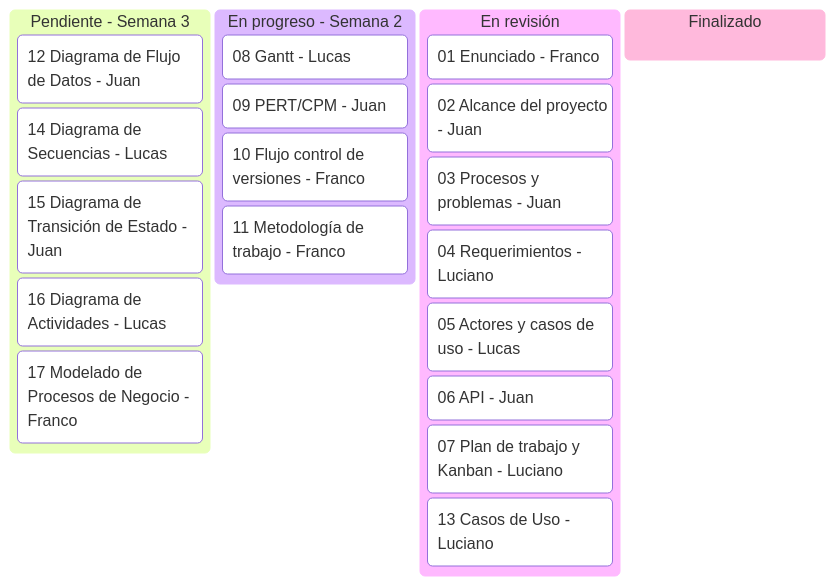
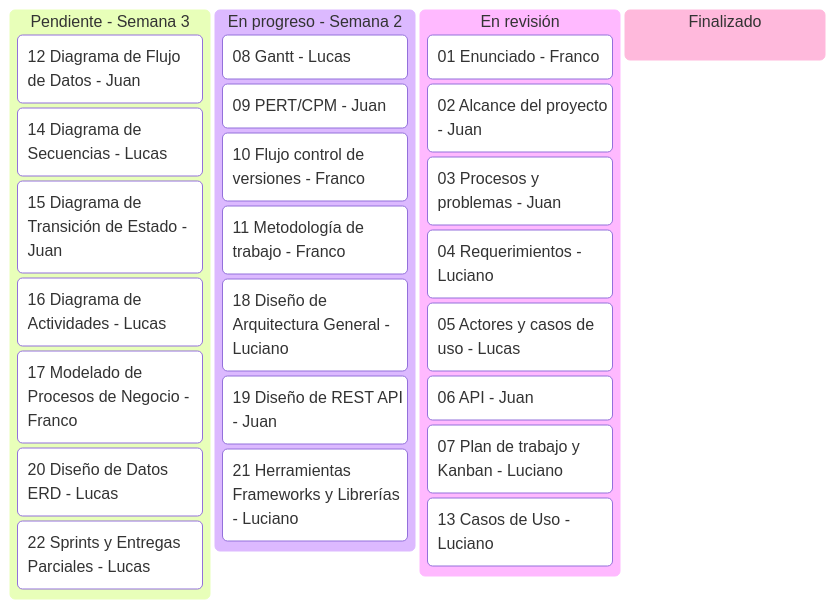
The diagram in documentacion/07_plan_de_trabajo_y_Kanban.md (lucho-peralta/gestionTickets), drawn with Mermaid before and after one commit. The commit also changed other lines of this file, not shown here.

````diff
--- a/documentacion/07_plan_de_trabajo_y_Kanban.md
+++ b/documentacion/07_plan_de_trabajo_y_Kanban.md
@@ -65,24 +74,29 @@
 ```mermaid
 kanban
   Pendiente[Pendiente - Semana 3]
     s3a[12 Diagrama de Flujo de Datos - Juan]
     s3c[14 Diagrama de Secuencias - Lucas]
     s3d[15 Diagrama de Transición de Estado - Juan]
     s3e[16 Diagrama de Actividades - Lucas]
     s3f[17 Modelado de Procesos de Negocio - Franco]
+    s4c[20 Diseño de Datos ERD - Lucas]
+    s4e[22 Sprints y Entregas Parciales - Lucas]
   En_progreso[En progreso - Semana 2]
     s2b[08 Gantt - Lucas]
     s2c[09 PERT/CPM - Juan]
     s2d[10 Flujo control de versiones - Franco]
     s2e[11 Metodología de trabajo - Franco]
+    s4a[18 Diseño de Arquitectura General - Luciano]
+    s4b[19 Diseño de REST API - Juan]
+    s4d[21 Herramientas Frameworks y Librerías - Luciano]
   En_revision[En revisión]
     s1a[01 Enunciado - Franco]
     s1b[02 Alcance del proyecto - Juan]
     s1c[03 Procesos y problemas - Juan]
     s1d[04 Requerimientos - Luciano]
     s1e[05 Actores y casos de uso - Lucas]
     s1f[06 API - Juan]
     s2a[07 Plan de trabajo y Kanban - Luciano]
     s3b[13 Casos de Uso - Luciano]
   Finalizado[Finalizado]
 ```
````
